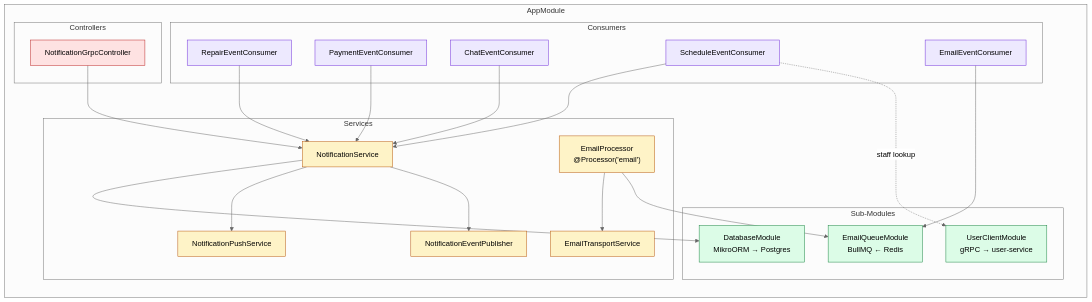
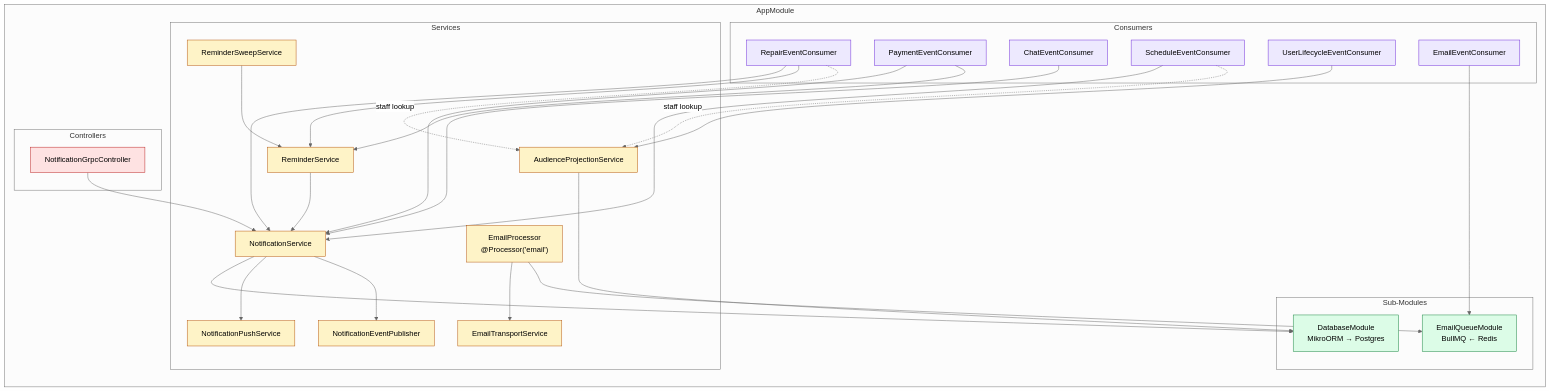
Before and after one commit to yolona-oss/asko-rsw: the third of 21 diagrams in apps/notification-service/README.md, drawn with Mermaid. The commit also changed other lines of this file and 37 other files, not shown here.

````diff
--- a/apps/notification-service/README.md
+++ b/apps/notification-service/README.md
@@ -173,57 +177,67 @@
 ```mermaid
 %%{init: {'theme':'neutral','themeVariables':{'fontFamily':'JetBrains Mono,monospace'}}}%%
 flowchart TB
     subgraph AppModule["AppModule"]
         direction TB
 
         subgraph Controllers
             GC["NotificationGrpcController"]
         end
 
         subgraph Consumers
             RC["RepairEventConsumer"]
             PC["PaymentEventConsumer"]
             CC["ChatEventConsumer"]
             SC["ScheduleEventConsumer"]
             EC["EmailEventConsumer"]
+            UC["UserLifecycleEventConsumer"]
         end
 
         subgraph Services
             NSV["NotificationService"]
             NPS["NotificationPushService"]
             NEP["NotificationEventPublisher"]
+            APS["AudienceProjectionService"]
+            RSV["ReminderService"]
+            RSW["ReminderSweepService"]
             ETS["EmailTransportService"]
             EP["EmailProcessor<br/>@Processor('email')"]
         end
 
         subgraph SubModules["Sub-Modules"]
             DB["DatabaseModule<br/>MikroORM → Postgres"]
             EQ["EmailQueueModule<br/>BullMQ ← Redis"]
-            UCM["UserClientModule<br/>gRPC → user-service"]
         end
     end
 
     GC --> NSV
     RC --> NSV
+    RC --> RSV
+    RC -. staff lookup .-> APS
     PC --> NSV
+    PC --> RSV
     CC --> NSV
     SC --> NSV
-    SC -. staff lookup .-> UCM
+    SC -. staff lookup .-> APS
+    UC --> APS
     EC --> EQ
 
     NSV --> DB
     NSV --> NPS
     NSV --> NEP
+    APS --> DB
+    RSV --> NSV
+    RSW --> RSV
 
     EP --> ETS
     EP --> EQ
 
     classDef ctrl fill:#fee2e2,stroke:#b91c1c;
     classDef cons fill:#ede9fe,stroke:#6d28d9;
     classDef svc  fill:#fef3c7,stroke:#b45309;
     classDef mod  fill:#dcfce7,stroke:#15803d;
     class GC ctrl;
-    class RC,PC,CC,SC,EC cons;
-    class NSV,NPS,NEP,ETS,EP svc;
-    class DB,EQ,UCM mod;
+    class RC,PC,CC,SC,EC,UC cons;
+    class NSV,NPS,NEP,APS,RSV,RSW,ETS,EP svc;
+    class DB,EQ mod;
 ```
````
